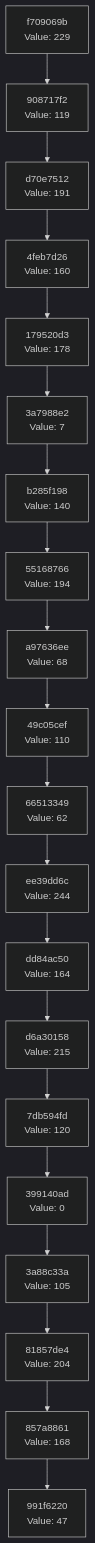
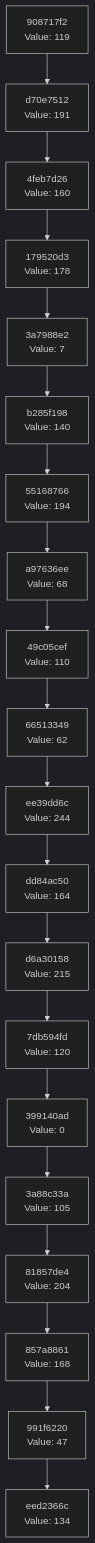
Before and after one commit to Abhisheksinha1506/hash-chain-evolver: the diagram in docs/CHAIN_VISUALIZATION.md, drawn with Mermaid (dark theme). The commit also changed 3 other files, not shown here.

````diff
--- a/docs/CHAIN_VISUALIZATION.md
+++ b/docs/CHAIN_VISUALIZATION.md
@@ -3,42 +3,42 @@
 ```mermaid
 graph TD
-    C0["991f6220<br/>Value: 47"]
-    C1["857a8861<br/>Value: 168"]
+    C0["eed2366c<br/>Value: 134"]
+    C1["991f6220<br/>Value: 47"]
     C1 --> C0
-    C2["81857de4<br/>Value: 204"]
+    C2["857a8861<br/>Value: 168"]
     C2 --> C1
-    C3["3a88c33a<br/>Value: 105"]
+    C3["81857de4<br/>Value: 204"]
     C3 --> C2
-    C4["399140ad<br/>Value: 0"]
+    C4["3a88c33a<br/>Value: 105"]
     C4 --> C3
-    C5["7db594fd<br/>Value: 120"]
+    C5["399140ad<br/>Value: 0"]
     C5 --> C4
-    C6["d6a30158<br/>Value: 215"]
+    C6["7db594fd<br/>Value: 120"]
     C6 --> C5
-    C7["dd84ac50<br/>Value: 164"]
+    C7["d6a30158<br/>Value: 215"]
     C7 --> C6
-    C8["ee39dd6c<br/>Value: 244"]
+    C8["dd84ac50<br/>Value: 164"]
     C8 --> C7
-    C9["66513349<br/>Value: 62"]
+    C9["ee39dd6c<br/>Value: 244"]
     C9 --> C8
-    C10["49c05cef<br/>Value: 110"]
+    C10["66513349<br/>Value: 62"]
     C10 --> C9
-    C11["a97636ee<br/>Value: 68"]
+    C11["49c05cef<br/>Value: 110"]
     C11 --> C10
-    C12["55168766<br/>Value: 194"]
+    C12["a97636ee<br/>Value: 68"]
     C12 --> C11
-    C13["b285f198<br/>Value: 140"]
+    C13["55168766<br/>Value: 194"]
     C13 --> C12
-    C14["3a7988e2<br/>Value: 7"]
+    C14["b285f198<br/>Value: 140"]
     C14 --> C13
-    C15["179520d3<br/>Value: 178"]
+    C15["3a7988e2<br/>Value: 7"]
     C15 --> C14
-    C16["4feb7d26<br/>Value: 160"]
+    C16["179520d3<br/>Value: 178"]
     C16 --> C15
-    C17["d70e7512<br/>Value: 191"]
+    C17["4feb7d26<br/>Value: 160"]
     C17 --> C16
-    C18["908717f2<br/>Value: 119"]
+    C18["d70e7512<br/>Value: 191"]
     C18 --> C17
-    C19["f709069b<br/>Value: 229"]
+    C19["908717f2<br/>Value: 119"]
     C19 --> C18
 ```
````
